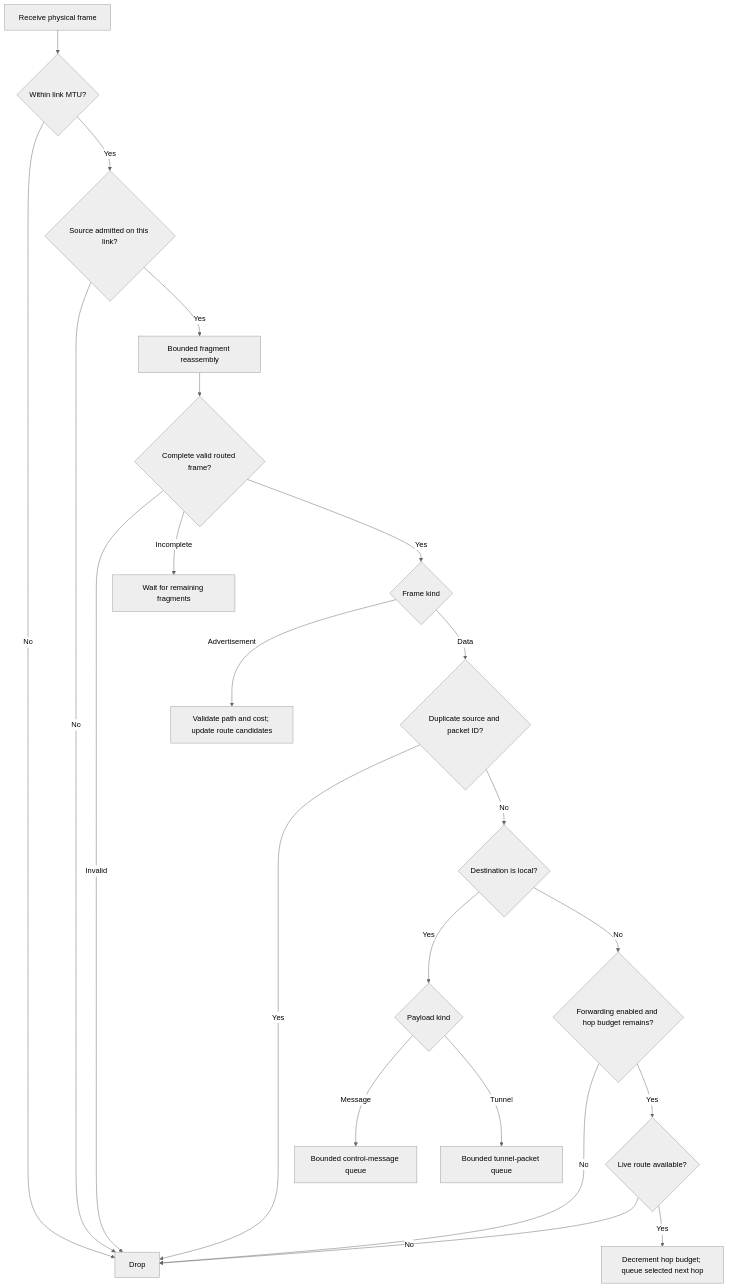
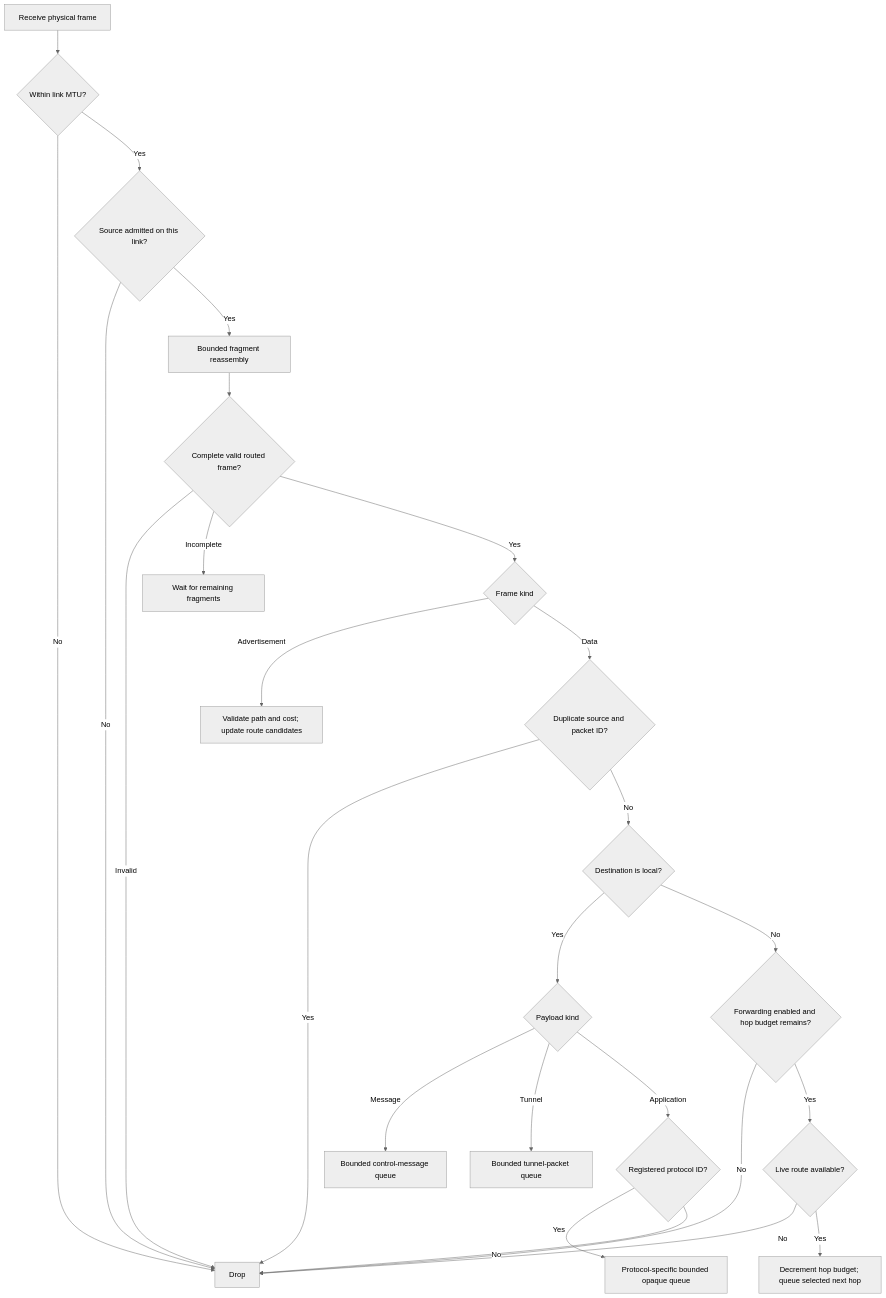
Before and after one commit to napbat/groupnet: the third of 3 diagrams in docs/routing.md, drawn with Mermaid (neutral theme). The commit also changed other lines of this file and 61 other files, not shown here.

````diff
--- a/docs/routing.md
+++ b/docs/routing.md
@@ -70,24 +70,27 @@
 ```mermaid
 flowchart TD
     Receive["Receive physical frame"] --> MTU{"Within link MTU?"}
     MTU -->|"No"| Drop["Drop"]
     MTU -->|"Yes"| Peer{"Source admitted on this link?"}
     Peer -->|"No"| Drop
     Peer -->|"Yes"| Reassemble["Bounded fragment reassembly"]
     Reassemble --> Decode{"Complete valid routed frame?"}
     Decode -->|"Invalid"| Drop
     Decode -->|"Incomplete"| Pending["Wait for remaining fragments"]
     Decode -->|"Yes"| Kind{"Frame kind"}
     Kind -->|"Advertisement"| Learn["Validate path and cost; update route candidates"]
     Kind -->|"Data"| Replay{"Duplicate source and packet ID?"}
     Replay -->|"Yes"| Drop
     Replay -->|"No"| Local{"Destination is local?"}
     Local -->|"Yes"| Plane{"Payload kind"}
     Plane -->|"Message"| Messages["Bounded control-message queue"]
     Plane -->|"Tunnel"| Tunnels["Bounded tunnel-packet queue"]
+    Plane -->|"Application"| Namespace{"Registered protocol ID?"}
+    Namespace -->|"Yes"| Applications["Protocol-specific bounded opaque queue"]
+    Namespace -->|"No"| Drop
     Local -->|"No"| Transit{"Forwarding enabled and hop budget remains?"}
     Transit -->|"No"| Drop
     Transit -->|"Yes"| Route{"Live route available?"}
     Route -->|"No"| Drop
     Route -->|"Yes"| Queue["Decrement hop budget; queue selected next hop"]
 ```
````
